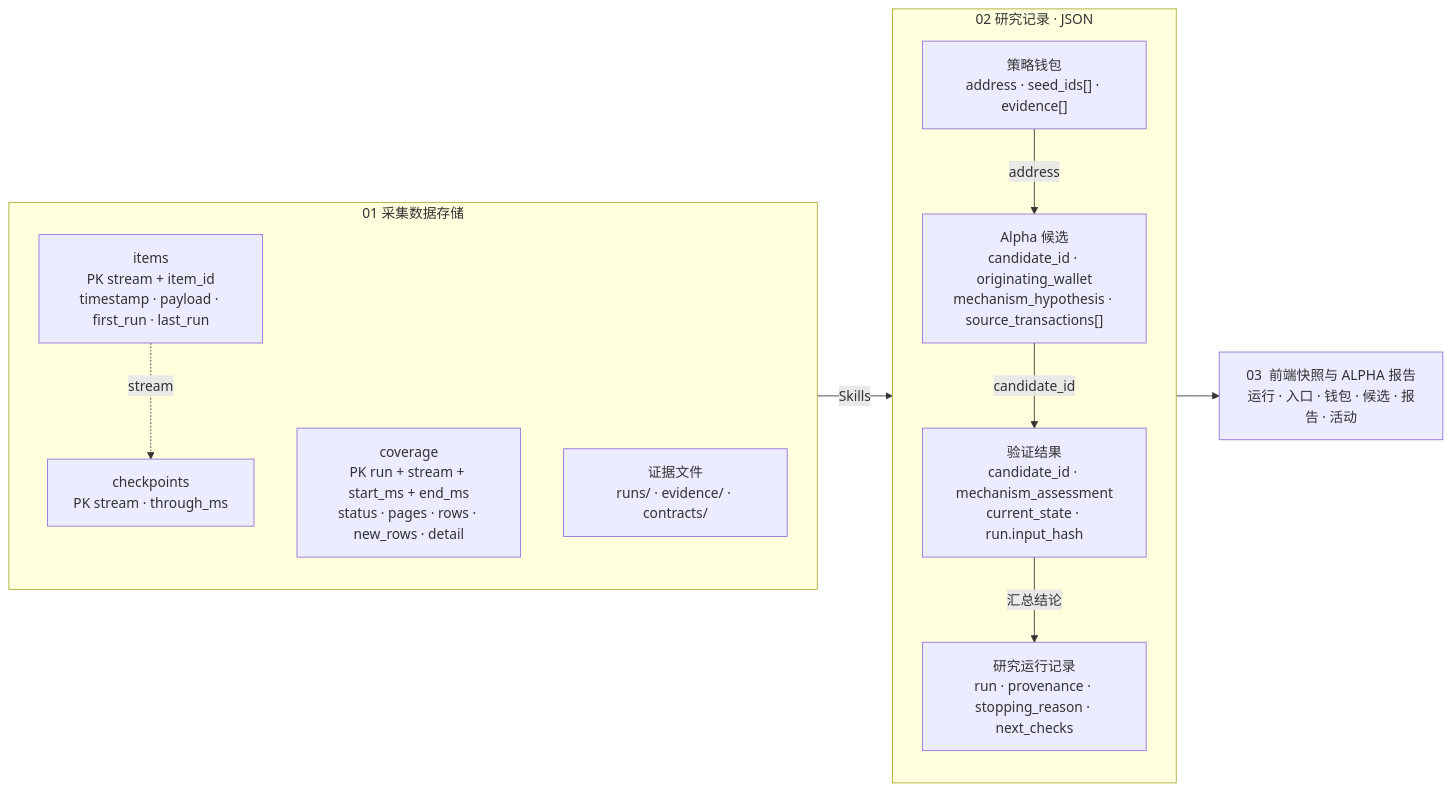
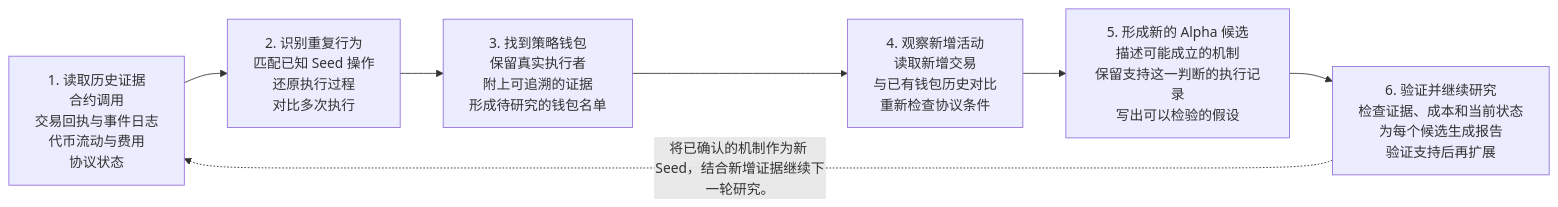
One commit to qinyh10300/protocol-alpha-finder changed the diagram in docs/diagrams/data-architecture-zh-CN.mmd. Above: the diagram before and after it, drawn with Mermaid. The commit also changed 16 other files, not shown here.

Commit message:
docs: redesign research diagrams around Skills and evidence cycle

```diff
--- a/docs/diagrams/data-architecture-zh-CN.mmd
+++ b/docs/diagrams/data-architecture-zh-CN.mmd
@@ -1,19 +1,13 @@
 flowchart LR
-    subgraph SQLITE["01  采集数据存储"]
-        ITEMS["items<br/>PK stream + item_id<br/>timestamp · payload · first_run · last_run"]
-        COVERAGE["coverage<br/>PK run + stream + start_ms + end_ms<br/>status · pages · rows · new_rows · detail"]
-        CHECKPOINTS["checkpoints<br/>PK stream · through_ms"]
-        RAW["证据文件<br/>runs/ · evidence/ · contracts/"]
-        ITEMS -. stream .-> CHECKPOINTS
-    end
-    subgraph JSON["02  研究记录 · JSON"]
-        W["策略钱包<br/>address · seed_ids[] · evidence[]"]
-        C["Alpha 候选<br/>candidate_id · originating_wallet<br/>mechanism_hypothesis · source_transactions[]"]
-        V["验证结果<br/>candidate_id · mechanism_assessment<br/>current_state · run.input_hash"]
-        R["研究运行记录<br/>run · provenance · stopping_reason · next_checks"]
-        W -->|address| C
-        C -->|candidate_id| V
-        V -->|汇总结论| R
-    end
-    SQLITE -->|Skills| JSON
-    JSON --> SNAPSHOT["03  前端快照与 ALPHA 报告<br/>运行 · 入口 · 钱包 · 候选 · 报告 · 活动"]
+    N0["1. 读取历史证据<br/>合约调用<br/>交易回执与事件日志<br/>代币流动与费用<br/>协议状态"]
+    N1["2. 识别重复行为<br/>匹配已知 Seed 操作<br/>还原执行过程<br/>对比多次执行"]
+    N0 --> N1
+    N2["3. 找到策略钱包<br/>保留真实执行者<br/>附上可追溯的证据<br/>形成待研究的钱包名单"]
+    N1 --> N2
+    N3["4. 观察新增活动<br/>读取新增交易<br/>与已有钱包历史对比<br/>重新检查协议条件"]
+    N2 --> N3
+    N4["5. 形成新的 Alpha 候选<br/>描述可能成立的机制<br/>保留支持这一判断的执行记录<br/>写出可以检验的假设"]
+    N3 --> N4
+    N5["6. 验证并继续研究<br/>检查证据、成本和当前状态<br/>为每个候选生成报告<br/>验证支持后再扩展"]
+    N4 --> N5
+    N5 -. "将已确认的机制作为新 Seed，结合新增证据继续下一轮研究。" .-> N0
```
